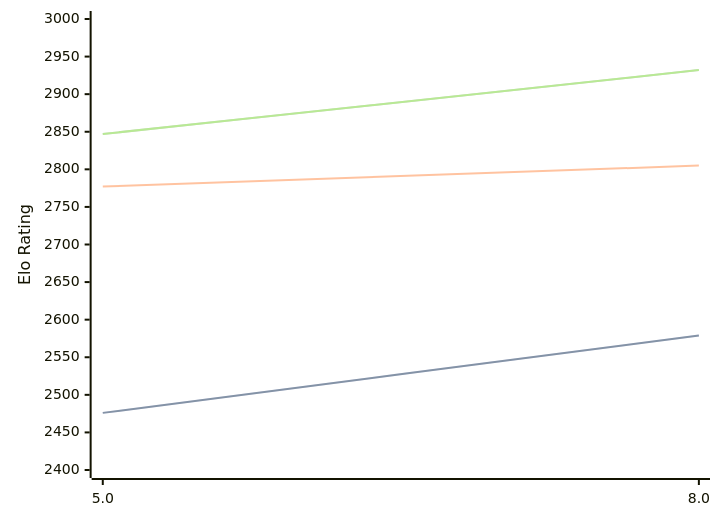
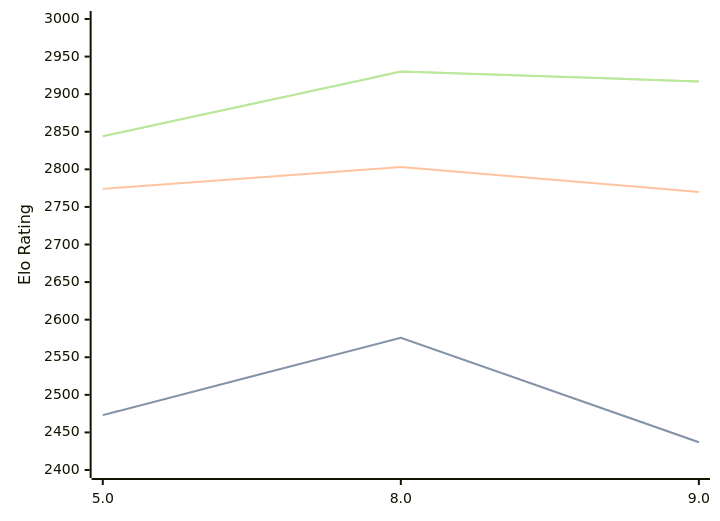
One commit to computer-chess-index/cci changed the diagram in engines/4kc.md. Above: the diagram before and after it, drawn with Mermaid. The commit also changed other lines of this file, not shown here.

Commit message:
Update CCI Ratings (ELO VLTC) - 2026-06-08

````diff
--- a/engines/4kc.md
+++ b/engines/4kc.md
@@ -42,11 +42,11 @@
 ```mermaid
 %%{init: {"theme":"base","themeVariables":{"seriesColors:['#a3a3a3','#222221','#faa371']}}}%%
 xychart-beta
-  x-axis ["5.0", "8.0"]
+  x-axis ["5.0", "8.0", "9.0"]
   y-axis "Elo Rating" 2400 --> 3000
-  line "STC (8.0+0.08s)" [2476, 2579]
-  line "STC (8.0+0.08s)" [2476, 2579]
-  line "LTC (60.0+0.60s)" [2777, 2805]
-  line "VLTC (2m24s+1.12s)" [2847, 2932]
-  line "VLTC (2m24s+1.12s)" [2847, 2932]
+  line "STC (8.0+0.08s)" [2473, 2576, 2437]
+  line "STC (8.0+0.08s)" [2473, 2576, 2437]
+  line "LTC (60.0+0.60s)" [2774, 2803, 2770]
+  line "VLTC (2m24s+1.12s)" [2844, 2930, 2917]
+  line "VLTC (2m24s+1.12s)" [2844, 2930, 2917]
 ```
````
